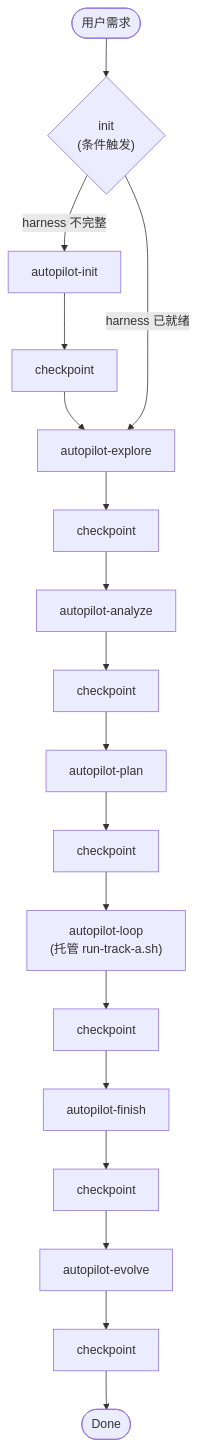
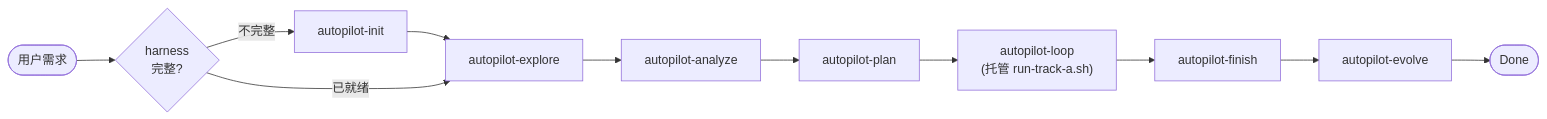
One commit to neilluo/neil-coding-autopilot changed the second of 4 diagrams in README.md. Above: the diagram before and after it, drawn with Mermaid. The commit also changed other lines of this file, not shown here.

Commit message:
docs(readme): 架构总览改横向 LR + 省略 checkpoint 节点

````diff
--- a/README.md
+++ b/README.md
@@ -25,20 +25,9 @@
 ```mermaid
-flowchart TD
-    A([用户需求]) --> B{"init<br/>(条件触发)"}
-    B -->|harness 不完整| B1[autopilot-init]
-    B1 --> CP1[checkpoint]
-    CP1 --> C
-    B -->|harness 已就绪| C[autopilot-explore]
-    C --> CP2[checkpoint]
-    CP2 --> D[autopilot-analyze]
-    D --> CP3[checkpoint]
-    CP3 --> E[autopilot-plan]
-    E --> CP4[checkpoint]
-    CP4 --> F["autopilot-loop<br/>(托管 run-track-a.sh)"]
-    F --> CP5[checkpoint]
-    CP5 --> G[autopilot-finish]
-    G --> CP6[checkpoint]
-    CP6 --> H[autopilot-evolve]
-    H --> CP7[checkpoint]
-    CP7 --> I([Done])
+flowchart LR
+    NEED([用户需求]) --> Q{harness<br/>完整?}
+    Q -->|不完整| INIT[autopilot-init] --> EXP
+    Q -->|已就绪| EXP[autopilot-explore]
+    EXP --> ANA[autopilot-analyze] --> PLAN[autopilot-plan]
+    PLAN --> LOOP["autopilot-loop<br/>(托管 run-track-a.sh)"]
+    LOOP --> FIN[autopilot-finish] --> EVO[autopilot-evolve] --> DONE([Done])
 ```
````
